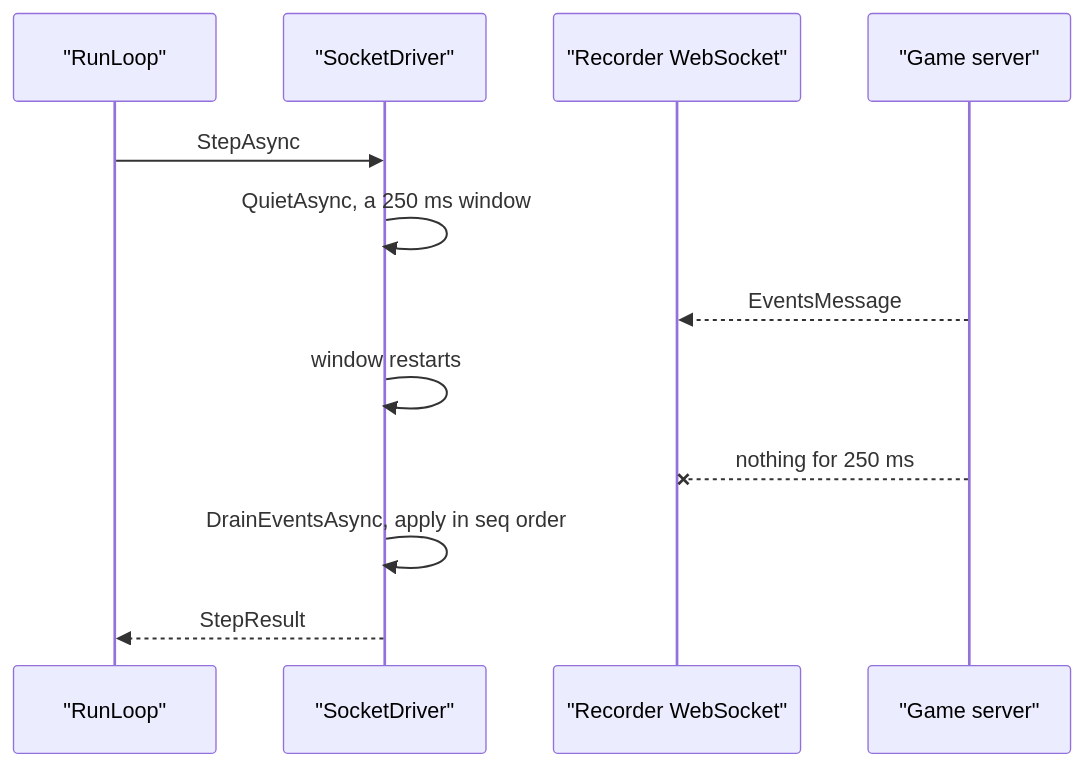
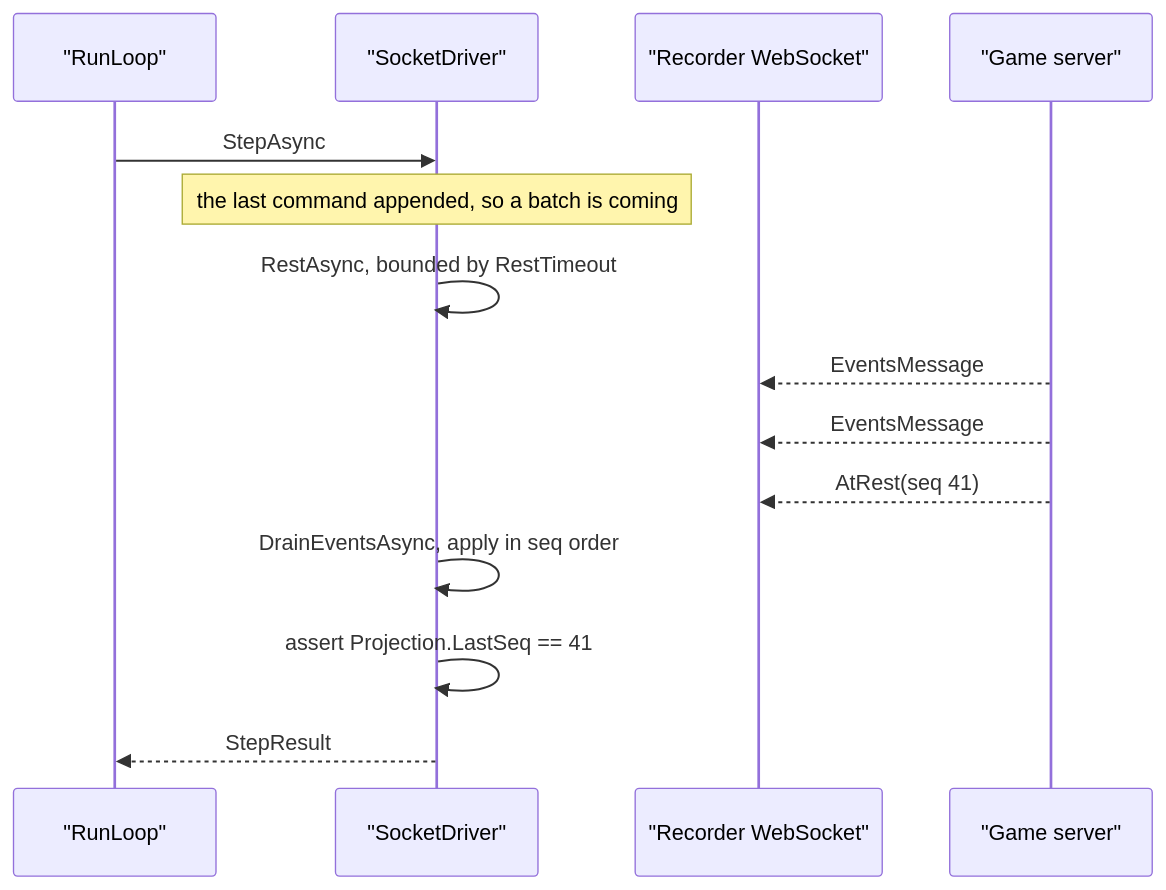
One commit to cstupi/tabletop changed the tenth of 11 diagrams in docs/design/simulation/design.md. Above: the diagram before and after it, drawn with Mermaid. The commit also changed other lines of this file and 9 other files, not shown here.

````diff
--- a/docs/design/simulation/design.md
+++ b/docs/design/simulation/design.md
@@ -927,15 +957,17 @@
 ```mermaid
 sequenceDiagram
     participant L as "RunLoop"
     participant SD as "SocketDriver"
     participant W as "Recorder WebSocket"
     participant G as "Game server"
 
     L->>SD: StepAsync
-    SD->>SD: QuietAsync, a 250 ms window
+    Note over SD: the last command appended, so a batch is coming
+    SD->>SD: RestAsync, bounded by RestTimeout
     G-->>W: EventsMessage
-    SD->>SD: window restarts
-    G--xW: nothing for 250 ms
+    G-->>W: EventsMessage
+    G-->>W: AtRest(seq 41)
     SD->>SD: DrainEventsAsync, apply in seq order
+    SD->>SD: assert Projection.LastSeq == 41
     SD-->>L: StepResult
 ```
````
